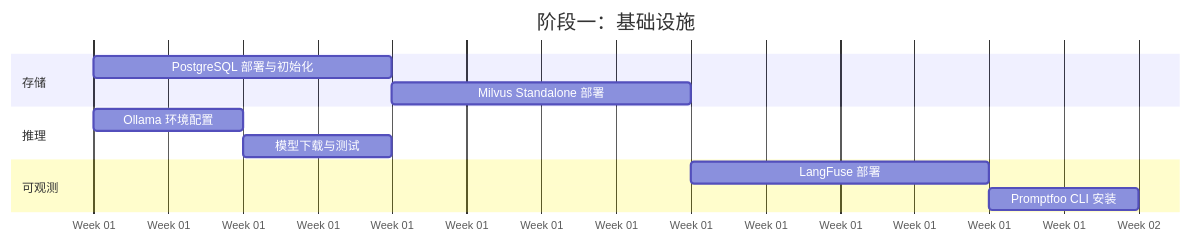
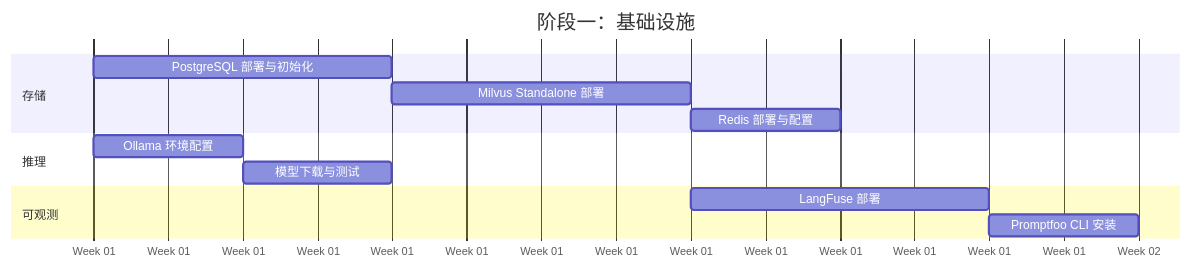
One commit to hanwei808/ai-product-production-guide changed the third of 12 diagrams in 开发计划/backend-development-plan.md. Above: the diagram before and after it, drawn with Mermaid. The commit also changed other lines of this file and 3 other files, not shown here.

````diff
--- a/开发计划/backend-development-plan.md
+++ b/开发计划/backend-development-plan.md
@@ -120,15 +124,16 @@
 ```mermaid
 gantt
     title 阶段一：基础设施
     dateFormat  YYYY-MM-DD
     axisFormat  Week %W
     section 存储
     PostgreSQL 部署与初始化     :a1, 2025-01-06, 2d
     Milvus Standalone 部署     :a2, after a1, 2d
+    Redis 部署与配置           :a3, after a2, 1d
     section 推理
     Ollama 环境配置            :b1, 2025-01-06, 1d
     模型下载与测试             :b2, after b1, 1d
     section 可观测
     LangFuse 部署              :c1, after a2, 2d
     Promptfoo CLI 安装         :c2, after c1, 1d
 ```
````
